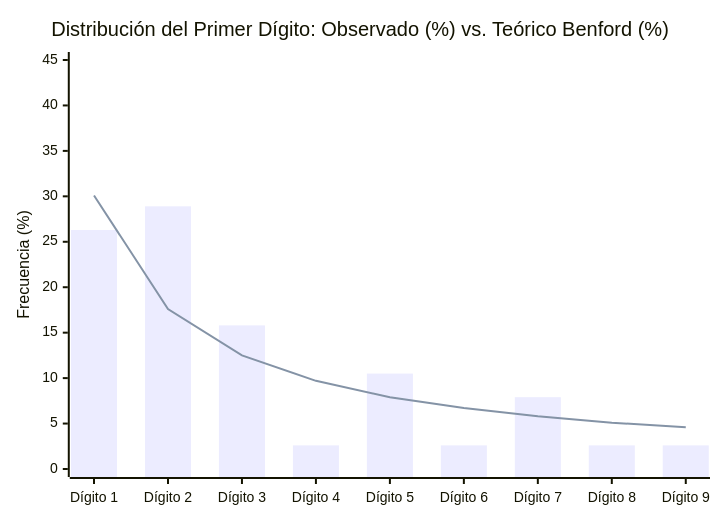
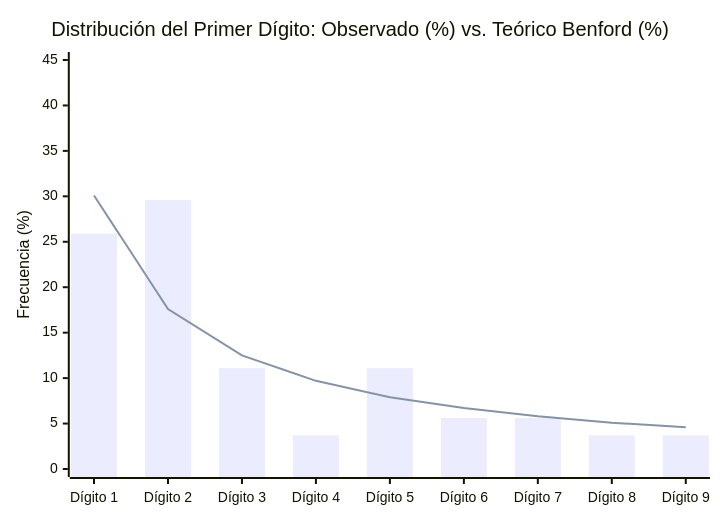
The diagram in 05_Vistas_Analiticas/Distribucion_de_Montos_Benford.md (0kamir/ftm-chile), drawn with Mermaid before and after one commit. The commit also changed other lines of this file and 437 other files, not shown here.

````diff
--- a/05_Vistas_Analiticas/Distribucion_de_Montos_Benford.md
+++ b/05_Vistas_Analiticas/Distribucion_de_Montos_Benford.md
@@ -26,8 +26,8 @@
 ```mermaid
 xychart-beta
   title "Distribución del Primer Dígito: Observado (%) vs. Teórico Benford (%)"
   x-axis ["Dígito 1", "Dígito 2", "Dígito 3", "Dígito 4", "Dígito 5", "Dígito 6", "Dígito 7", "Dígito 8", "Dígito 9"]
   y-axis "Frecuencia (%)" 0 --> 45
-  bar [26.3, 28.9, 15.8, 2.6, 10.5, 2.6, 7.9, 2.6, 2.6]
+  bar [25.9, 29.6, 11.1, 3.7, 11.1, 5.6, 5.6, 3.7, 3.7]
   line [30.1, 17.6, 12.5, 9.7, 7.9, 6.7, 5.8, 5.1, 4.6]
 ```
````
